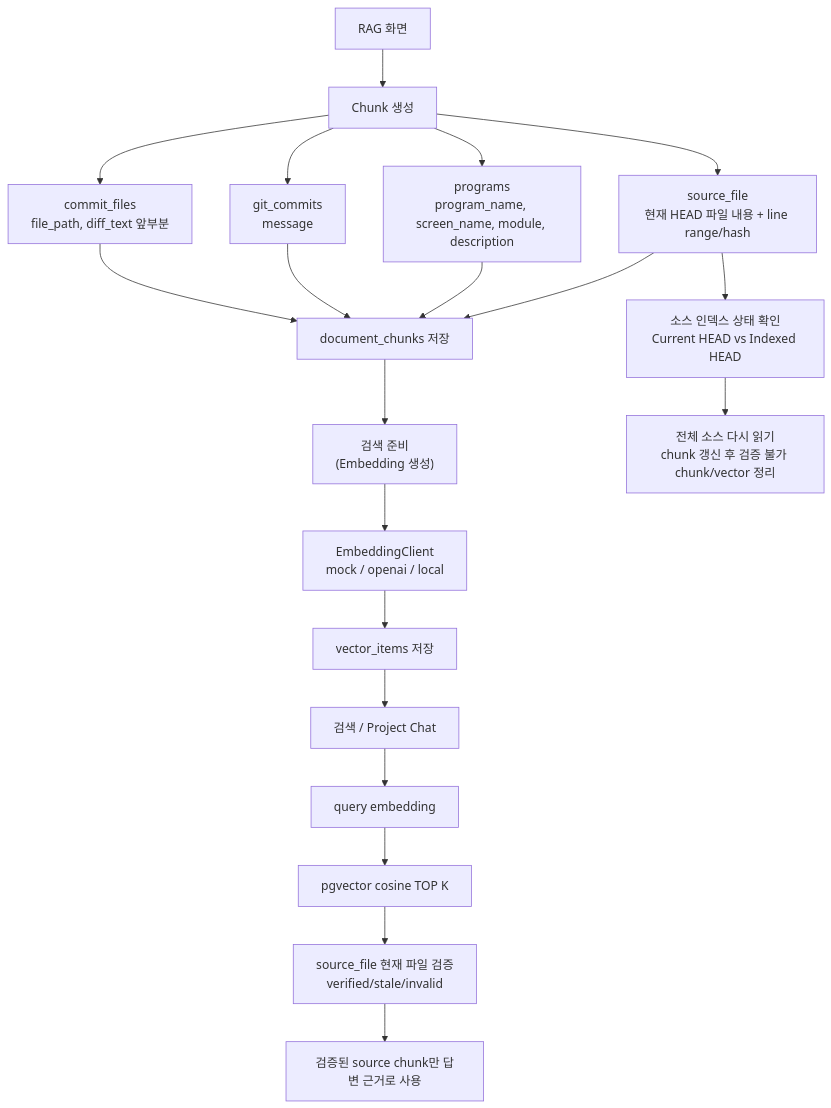
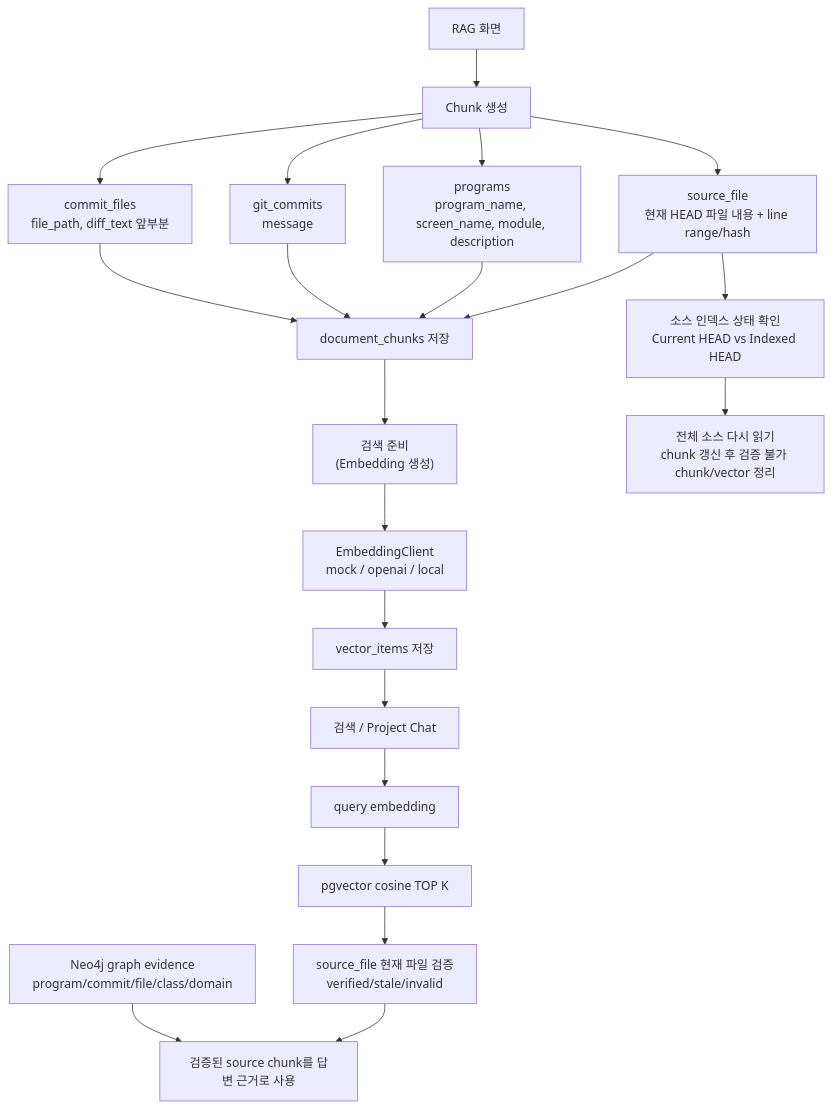
One commit to ino5/ai-commit-advisor-26 changed the seventh of 10 diagrams in docs/architecture.md. Above: the diagram before and after it, drawn with Mermaid. The commit also changed other lines of this file and 9 other files, not shown here.

Commit message:
Document Project Chat GraphRAG flow

````diff
--- a/docs/architecture.md
+++ b/docs/architecture.md
@@ -632,22 +632,23 @@
 ```mermaid
 flowchart TD
     A["RAG 화면"] --> B["Chunk 생성"]
     B --> C["source_file<br/>현재 HEAD 파일 내용 + line range/hash"]
     B --> D["programs<br/>program_name, screen_name, module, description"]
     B --> E["git_commits<br/>message"]
     B --> F["commit_files<br/>file_path, diff_text 앞부분"]
     C --> G["document_chunks 저장"]
     D --> G
     E --> G
     F --> G
     G --> H["검색 준비<br/>(Embedding 생성)"]
     H --> I["EmbeddingClient<br/>mock / openai / local"]
     I --> J["vector_items 저장"]
     J --> K["검색 / Project Chat"]
     K --> L["query embedding"]
     L --> M["pgvector cosine TOP K"]
     M --> N["source_file 현재 파일 검증<br/>verified/stale/invalid"]
-    N --> O["검증된 source chunk만 답변 근거로 사용"]
+    N --> O["검증된 source chunk를 답변 근거로 사용"]
+    R["Neo4j graph evidence<br/>program/commit/file/class/domain"] --> O
     C --> P["소스 인덱스 상태 확인<br/>Current HEAD vs Indexed HEAD"]
     P --> Q["전체 소스 다시 읽기<br/>chunk 갱신 후 검증 불가 chunk/vector 정리"]
 ```
````
